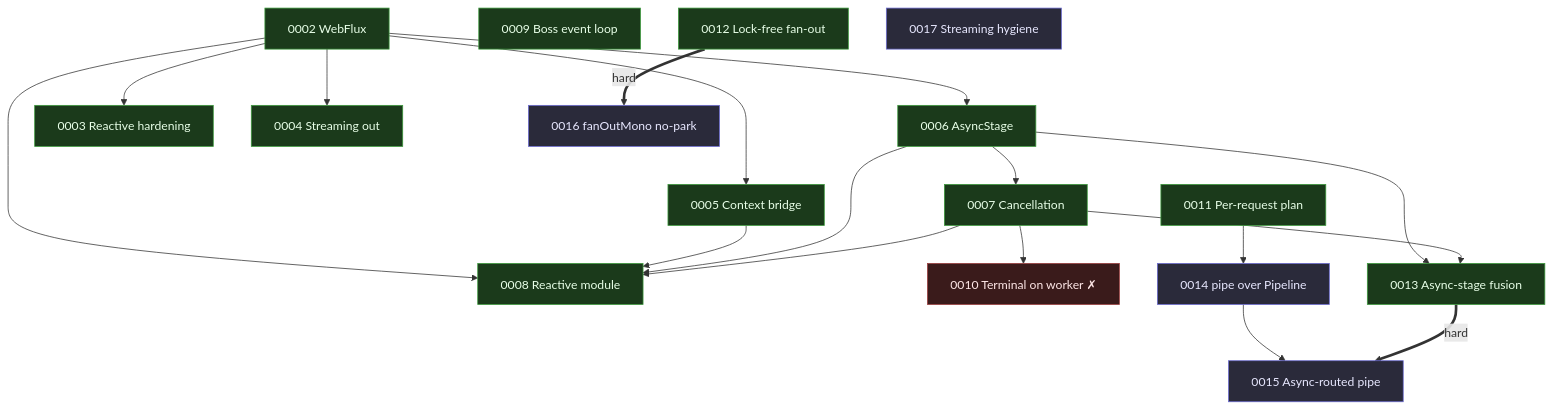
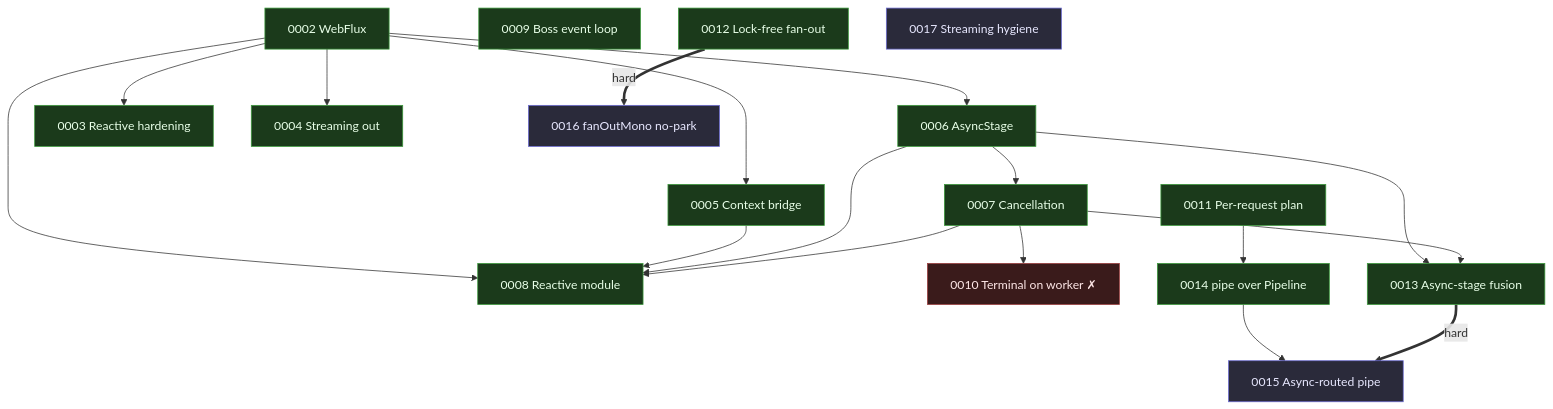
One commit to fabiangftech/nioflow changed the diagram in docs/rfc/0000-index.md. Above: the diagram before and after it, drawn with Mermaid. The commit also changed other lines of this file and 7 other files, not shown here.

````diff
--- a/docs/rfc/0000-index.md
+++ b/docs/rfc/0000-index.md
@@ -37,40 +37,40 @@
 ```mermaid
 flowchart TD
     classDef done fill:#1b3a1b,stroke:#3c9a3c,color:#e8ffe8
     classDef prop fill:#2a2a3a,stroke:#6a6ad0,color:#e8e8ff
     classDef rej fill:#3a1b1b,stroke:#9a3c3c,color:#ffe8e8
     classDef hard stroke-width:3px
 
     %% ── implemented (0001–0008) ──
     R0002["0002 WebFlux"]:::done
     R0006["0006 AsyncStage"]:::done
     R0007["0007 Cancellation"]:::done
     R0002 --> R0006 --> R0007
     R0002 --> R0003["0003 Reactive hardening"]:::done
     R0002 --> R0004["0004 Streaming out"]:::done
     R0002 --> R0005["0005 Context bridge"]:::done
     R0002 --> R0008["0008 Reactive module"]:::done
     R0005 --> R0008
     R0006 --> R0008
     R0007 --> R0008
 
     %% ── proposed core (0009–0013) ──
     R0009["0009 Boss event loop"]:::done
     R0010["0010 Terminal on worker ✗"]:::rej
     R0011["0011 Per-request plan"]:::done
     R0012["0012 Lock-free fan-out"]:::done
     R0013["0013 Async-stage fusion"]:::done
     R0007 --> R0010
     R0006 --> R0013
     R0007 --> R0013
 
     %% ── proposed reactive (0014–0017) ──
-    R0014["0014 pipe over Pipeline"]:::prop
+    R0014["0014 pipe over Pipeline"]:::done
     R0015["0015 Async-routed pipe"]:::prop
     R0016["0016 fanOutMono no-park"]:::prop
     R0017["0017 Streaming hygiene"]:::prop
     R0011 --> R0014
     R0014 --> R0015
     R0013 == hard ==> R0015
     R0012 == hard ==> R0016
 ```
````
